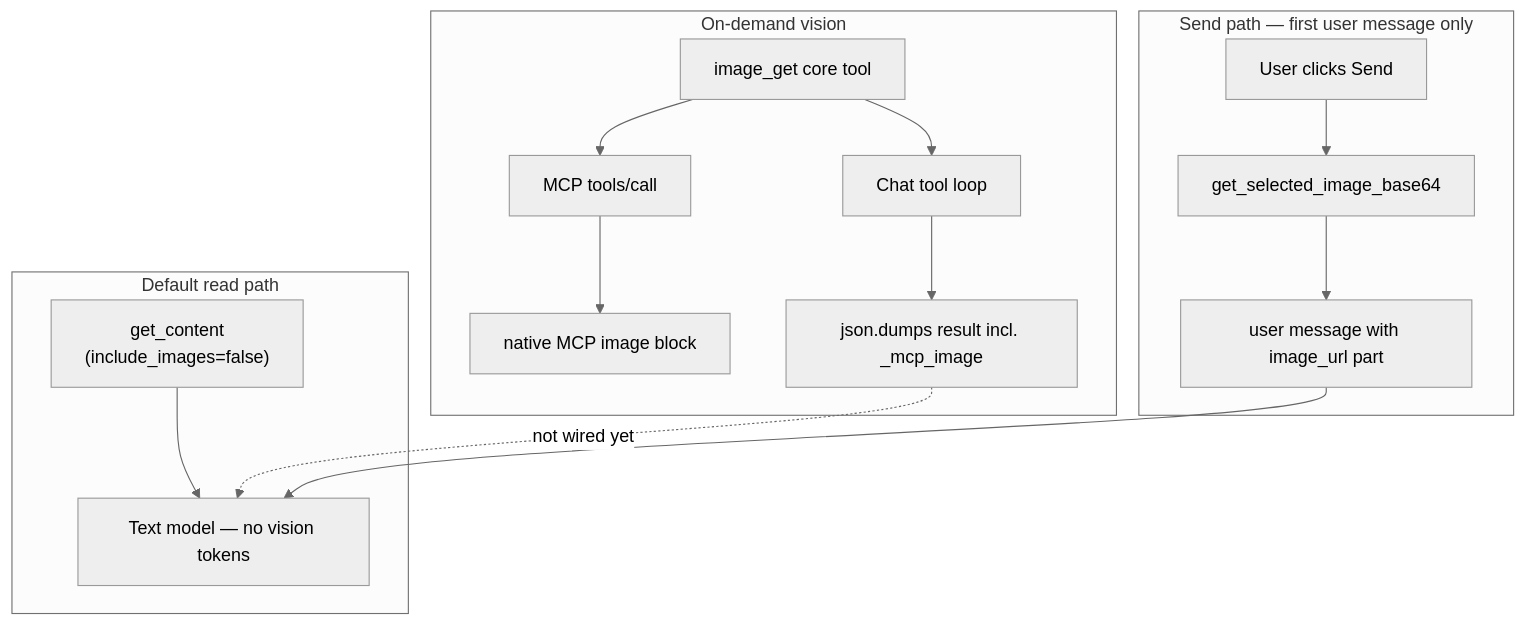
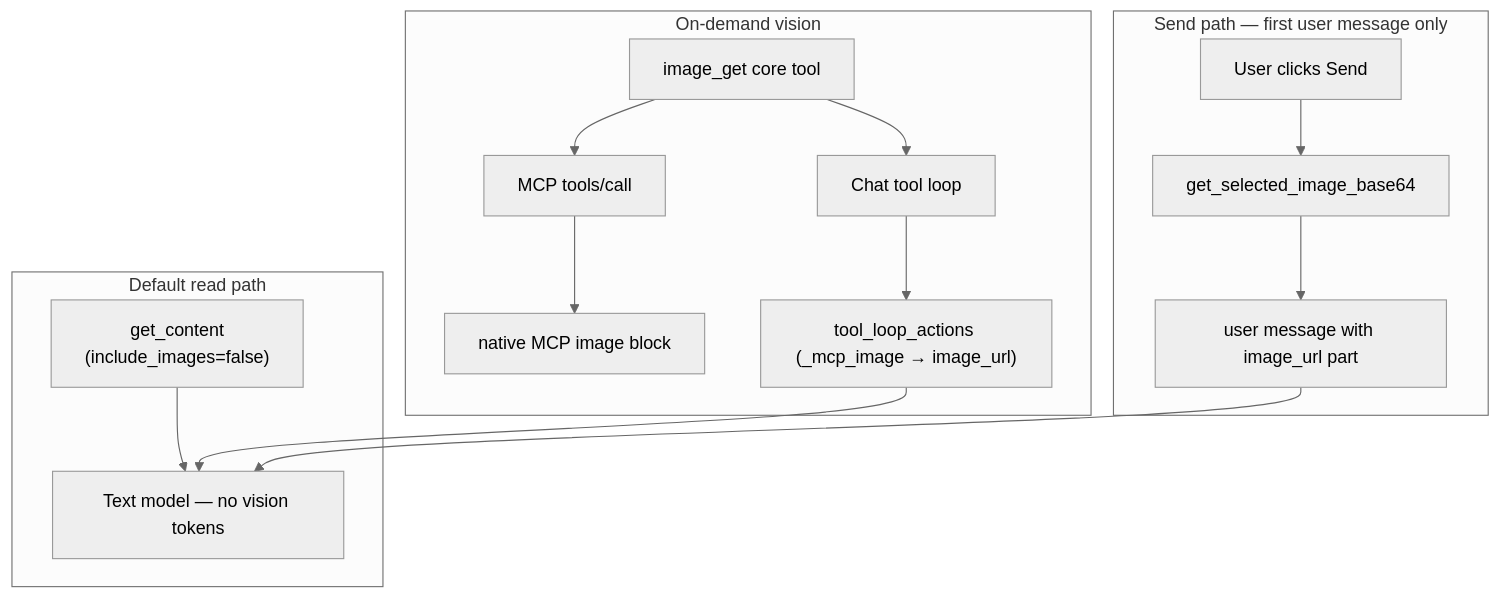
Before and after one commit to KeithCu/writeragent: the diagram in docs/images/recognition-multimodal-LLMs.md, drawn with Mermaid (neutral theme). The commit also changed other lines of this file and 3 other files, not shown here.

````diff
--- a/docs/images/recognition-multimodal-LLMs.md
+++ b/docs/images/recognition-multimodal-LLMs.md
@@ -15,21 +15,21 @@
 ```mermaid
 flowchart TB
   subgraph lazy [Default read path]
     GDC["get_content<br/>(include_images=false)"]
     GDC --> TextModel[Text model — no vision tokens]
   end
   subgraph ondemand [On-demand vision]
     GI[image_get core tool]
     GI --> MCP[MCP tools/call]
     MCP --> ImageBlock["native MCP image block"]
     GI --> Chat[Chat tool loop]
-    Chat --> JSON["json.dumps result incl. _mcp_image"]
+    Chat --> JSON["tool_loop_actions (_mcp_image → image_url)"]
   end
-  JSON -.->|"not wired yet"| TextModel
+  JSON --> TextModel
   subgraph send [Send path — first user message only]
     Send[User clicks Send]
     Send --> SelImg["get_selected_image_base64"]
     SelImg --> UserMsg["user message with image_url part"]
     UserMsg --> TextModel
   end
 ```
````
